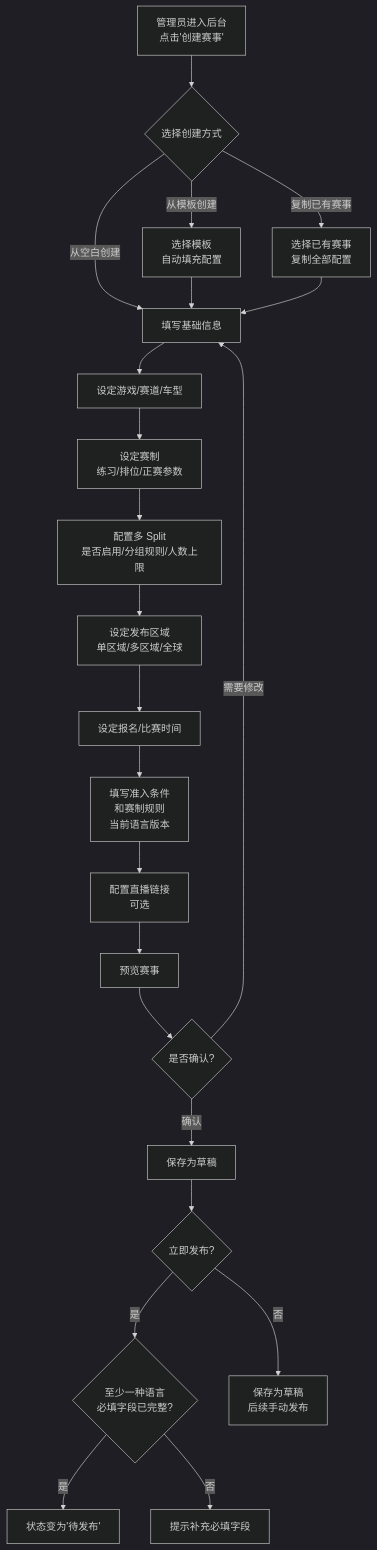
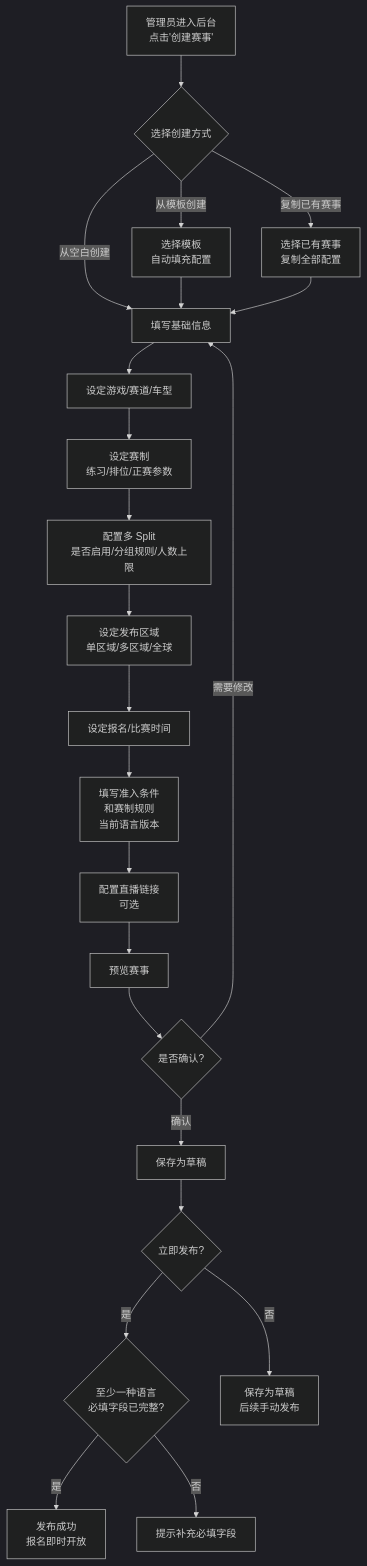
The third of 9 diagrams in PRD.md (SagaLinZP/Racing-Arcade), drawn with Mermaid (dark theme) before and after one commit. The commit also changed other lines of this file, not shown here.

````diff
--- a/PRD.md
+++ b/PRD.md
@@ -487,30 +496,30 @@
 ```mermaid
 flowchart TD
     A[管理员进入后台<br/>点击'创建赛事'] --> B{选择创建方式}
     
     B -->|从空白创建| C[填写基础信息]
     B -->|从模板创建| C1[选择模板<br/>自动填充配置]
     B -->|复制已有赛事| C2[选择已有赛事<br/>复制全部配置]
     
     C1 --> C
     C2 --> C
     
     C --> D[设定游戏/赛道/车型]
     D --> E[设定赛制<br/>练习/排位/正赛参数]
     E --> F[配置多 Split<br/>是否启用/分组规则/人数上限]
     F --> G[设定发布区域<br/>单区域/多区域/全球]
     G --> H[设定报名/比赛时间]
     H --> I[填写准入条件<br/>和赛制规则<br/>当前语言版本]
     I --> J[配置直播链接<br/>可选]
     J --> K[预览赛事]
     
     K --> L{是否确认?}
     L -->|需要修改| C
     L -->|确认| M[保存为草稿]
     
     M --> N{立即发布?}
     N -->|是| N1{至少一种语言<br/>必填字段已完整?}
-    N1 -->|是| O[状态变为'待发布']
+    N1 -->|是| O[发布成功<br/>报名即时开放]
     N1 -->|否| N2[提示补充必填字段]
     N -->|否| P[保存为草稿<br/>后续手动发布]
 ```
````
